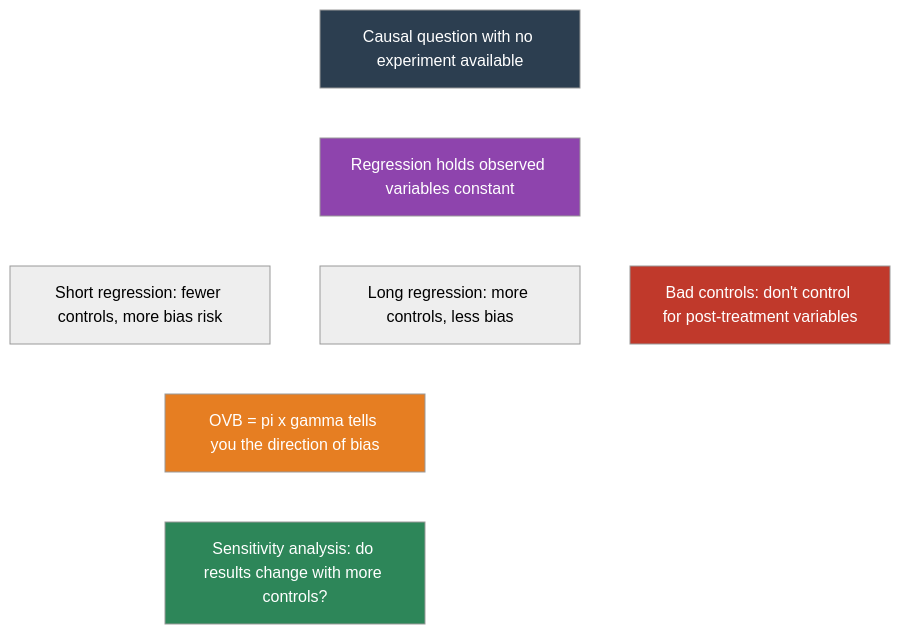
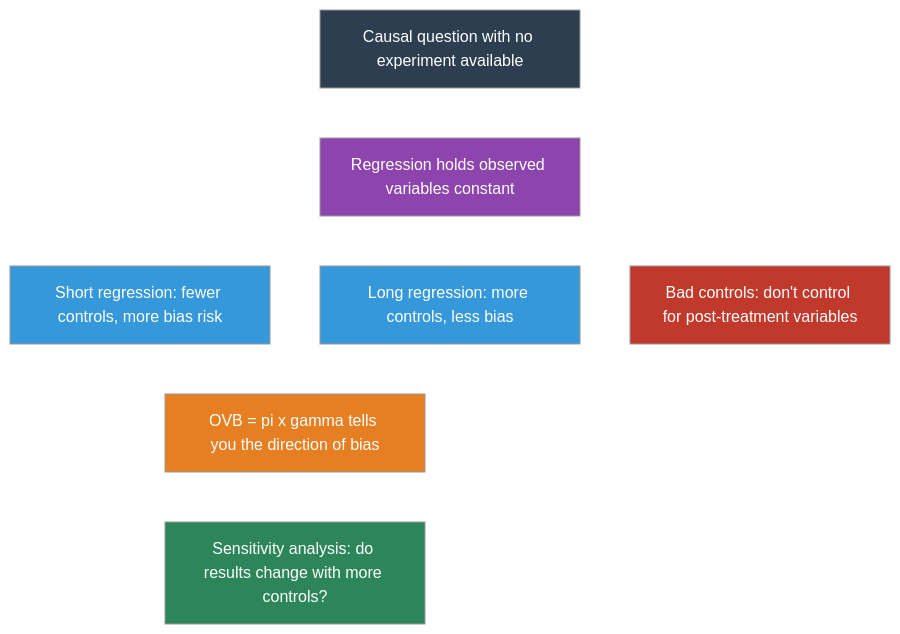
Before and after one commit to cmg777/intro2causal: the second of 2 diagrams in book/notebooks_quarto/02-regression.qmd, drawn with Mermaid (neutral theme). The commit also changed other lines of this file and 5 other files, not shown here.

Commit message:
Add missing node styles and explanatory paragraphs to all mermaid diagrams

````diff
--- a/book/notebooks_quarto/02-regression.qmd
+++ b/book/notebooks_quarto/02-regression.qmd
@@ -383,28 +385,30 @@
 ```{mermaid}
 %%| label: fig-concept-map
 %%| fig-cap: "How the key concepts of Chapter 2 connect"
 
 graph TD
     Q["Causal question with no experiment available"]
     REG["Regression holds observed variables constant"]
     SHORT["Short regression: fewer controls, more bias risk"]
     LONG["Long regression: more controls, less bias"]
     OVB["OVB = pi x gamma tells you the direction of bias"]
     SENS["Sensitivity analysis: do results change with more controls?"]
     BC["Bad controls: don't control for post-treatment variables"]
 
     Q --> REG
     REG --> SHORT
     REG --> LONG
     SHORT --> OVB
     LONG --> OVB
     OVB --> SENS
     REG --> BC
 
     style Q fill:#2c3e50,color:#fff
     style REG fill:#8e44ad,color:#fff
+    style SHORT fill:#3498db,color:#fff
+    style LONG fill:#3498db,color:#fff
     style OVB fill:#e67e22,color:#fff
     style SENS fill:#2d8659,color:#fff
     style BC fill:#c0392b,color:#fff
     linkStyle default stroke:#fff,stroke-width:2px
 ```
````
